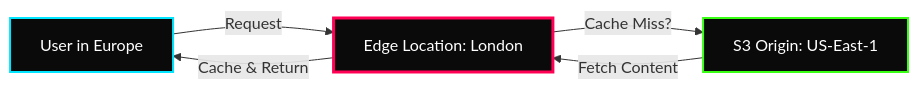
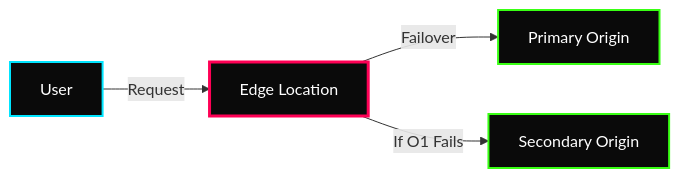
Before and after one commit to hridyen/DevOps-Survival-Roadmap: the diagram in Week-13-AWS-Messaging-and-Containers/Global-Content-Delivery/notes.md, drawn with Mermaid. The commit also changed other lines of this file and 10 other files, not shown here.

````diff
--- a/Week-13-AWS-Messaging-and-Containers/Global-Content-Delivery/notes.md
+++ b/Week-13-AWS-Messaging-and-Containers/Global-Content-Delivery/notes.md
@@ -29,11 +33,10 @@
 ```mermaid
 graph LR
     classDef user fill:#0A0A0A,stroke:#00E5FF,stroke-width:2px,color:#FFFFFF;
     classDef edge fill:#0A0A0A,stroke:#FF0055,stroke-width:3px,color:#FFFFFF;
     classDef origin fill:#0A0A0A,stroke:#39FF14,stroke-width:2px,color:#FFFFFF;
 
-    U[User in Europe]:::user -- "Request" --> E[Edge Location: London]:::edge
-    E -- "Cache Miss?" --> O[S3 Origin: US-East-1]:::origin
-    O -- "Fetch Content" --> E
-    E -- "Cache & Return" --> U
+    U[User]:::user -- "Request" --> E[Edge Location]:::edge
+    E -- "Failover" --> O1[Primary Origin]:::origin
+    E -- "If O1 Fails" --> O2[Secondary Origin]:::origin
 ```
````
